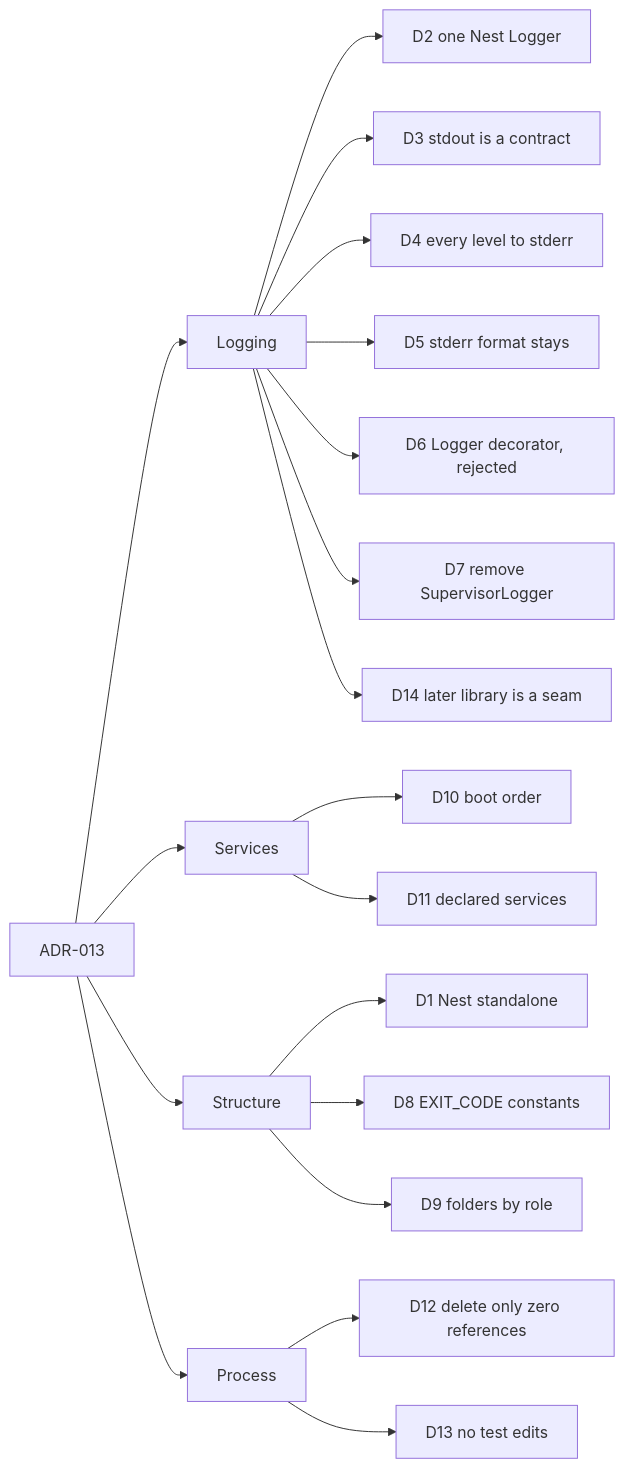
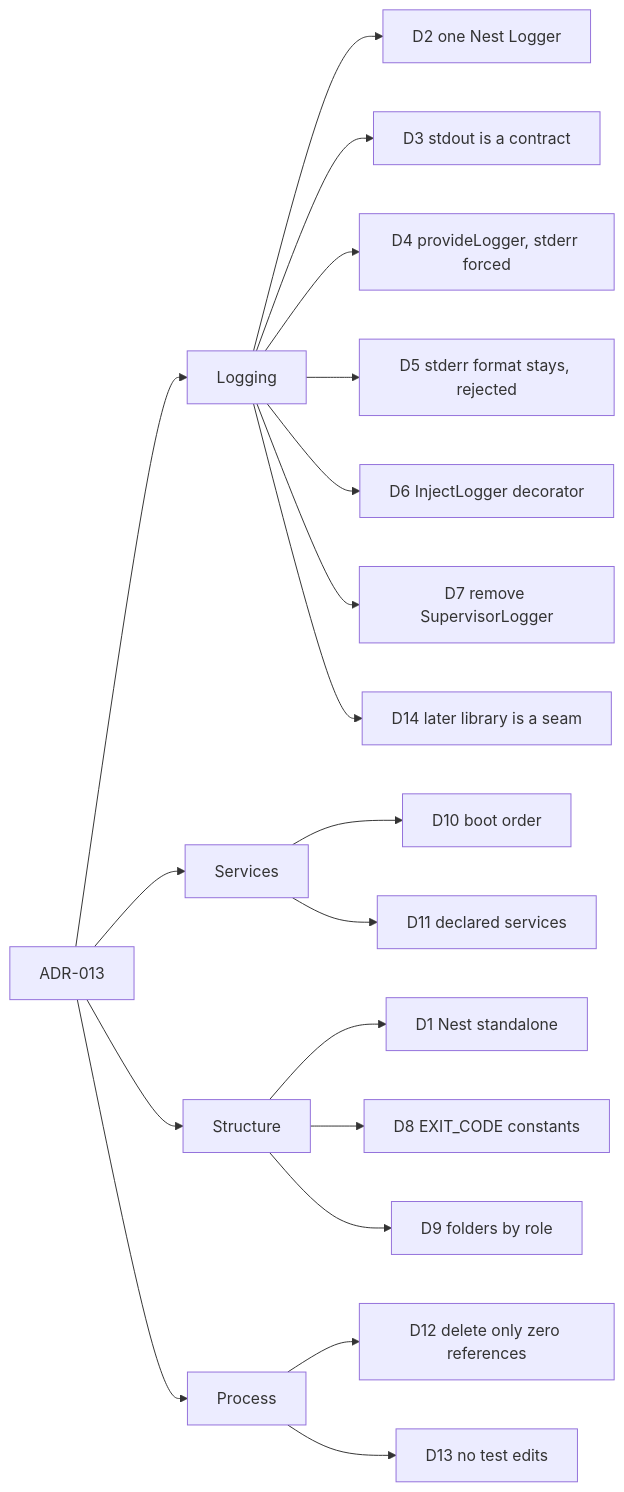
One commit to virgenherrera/lan-solution-template changed the first of 3 diagrams in docs/architecture/adr/ADR-013-nest-standalone-architecture.md. Above: the diagram before and after it, drawn with Mermaid. The commit also changed other lines of this file and 5 other files, not shown here.

````diff
--- a/docs/architecture/adr/ADR-013-nest-standalone-architecture.md
+++ b/docs/architecture/adr/ADR-013-nest-standalone-architecture.md
@@ -56,21 +56,21 @@
 ```mermaid
 flowchart LR
   ADR["ADR-013"] --> LOG["Logging"]
   ADR --> SVC["Services"]
   ADR --> STR["Structure"]
   ADR --> PRC["Process"]
   LOG --> D2["D2 one Nest Logger"]
   LOG --> D3["D3 stdout is a contract"]
-  LOG --> D4["D4 every level to stderr"]
-  LOG --> D5["D5 stderr format stays"]
-  LOG --> D6["D6 Logger decorator, rejected"]
+  LOG --> D4["D4 provideLogger, stderr forced"]
+  LOG --> D5["D5 stderr format stays, rejected"]
+  LOG --> D6["D6 InjectLogger decorator"]
   LOG --> D7["D7 remove SupervisorLogger"]
   LOG --> D14["D14 later library is a seam"]
   SVC --> D10["D10 boot order"]
   SVC --> D11["D11 declared services"]
   STR --> D1["D1 Nest standalone"]
   STR --> D8["D8 EXIT_CODE constants"]
   STR --> D9["D9 folders by role"]
   PRC --> D12["D12 delete only zero references"]
   PRC --> D13["D13 no test edits"]
 ```
````
